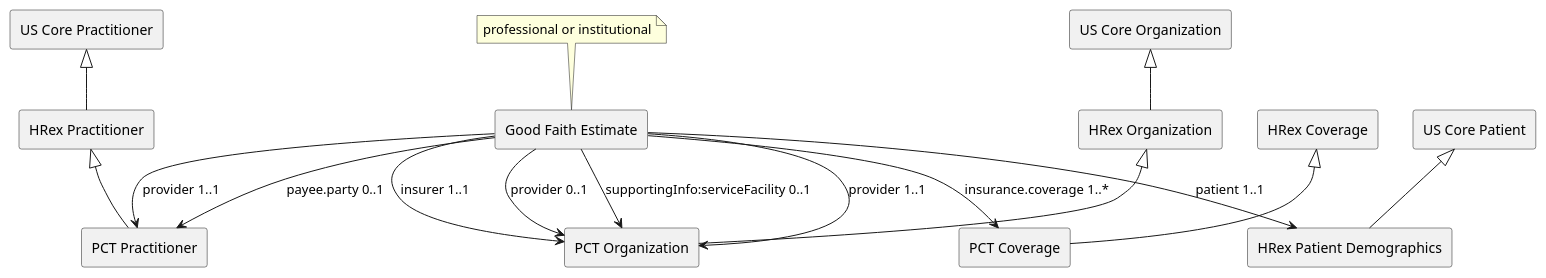
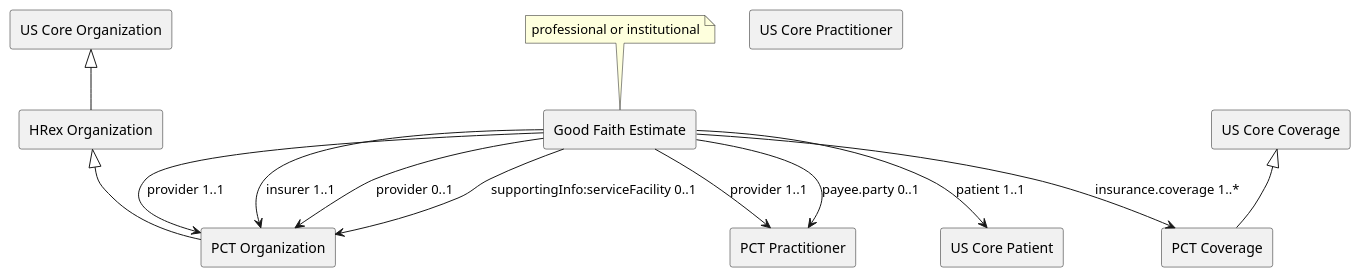
Before and after one commit to HL7/davinci-pct: the diagram in input/images-source/gfe.plantuml, drawn with PlantUML. The commit also changed 50 other files, not shown here.

```diff
--- a/input/images-source/gfe.plantuml
+++ b/input/images-source/gfe.plantuml
@@ -1,28 +1,23 @@
 @startuml
     agent "PCT Organization" as pctorganization
     agent "HRex Organization" as hrexorganization
     agent "US Core Organization" as uscoreorganization
     agent "PCT Practitioner" as pctpractitioner
-    agent "HRex Practitioner" as hrexpractitioner
     agent "US Core Practitioner" as uscorepractitioner
     agent "PCT Coverage" as pctcoverage
-    agent "HRex Coverage" as hrexcoverage
+    agent "US Core Coverage" as uscorecoverage
     agent "US Core Patient" as uscorepatient
-    agent "HRex Patient Demographics" as hrexpatient
     agent "Good Faith Estimate" as gfe
 	note top: professional or institutional
-    hrexcoverage <|-- pctcoverage
-    uscorepatient <|-- hrexpatient
-    uscorepractitioner <|-- hrexpractitioner
-    hrexpractitioner <|-- pctpractitioner
+    uscorecoverage <|-- pctcoverage
     uscoreorganization <|-- hrexorganization
     hrexorganization <|-- pctorganization
-	gfe --> hrexpatient: "patient 1..1"
+	gfe --> uscorepatient: "patient 1..1"
 	gfe --> pctcoverage: "insurance.coverage 1..*"
 	gfe --> pctpractitioner: "provider 1..1"
 	gfe --> pctorganization: "provider 1..1"
 	gfe --> pctorganization: "insurer 1..1"
 	gfe --> pctpractitioner: "payee.party 0..1"
 	gfe --> pctorganization: "provider 0..1"
 	gfe --> pctorganization: "supportingInfo:serviceFacility 0..1"
 @enduml
```
